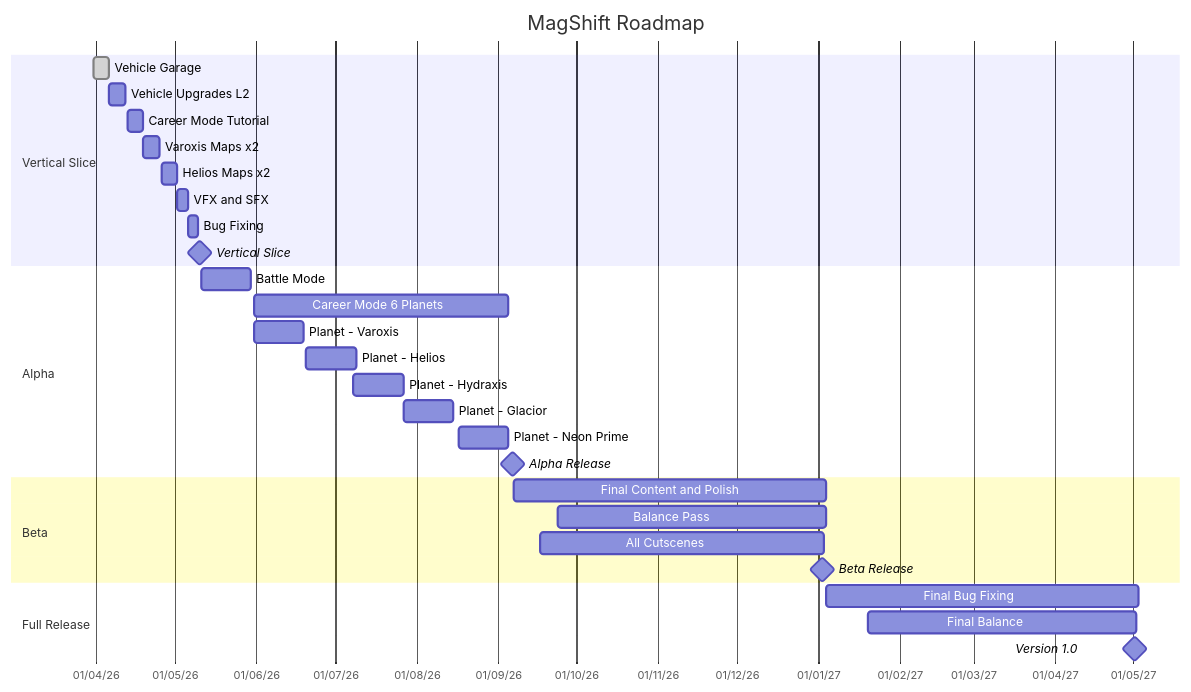
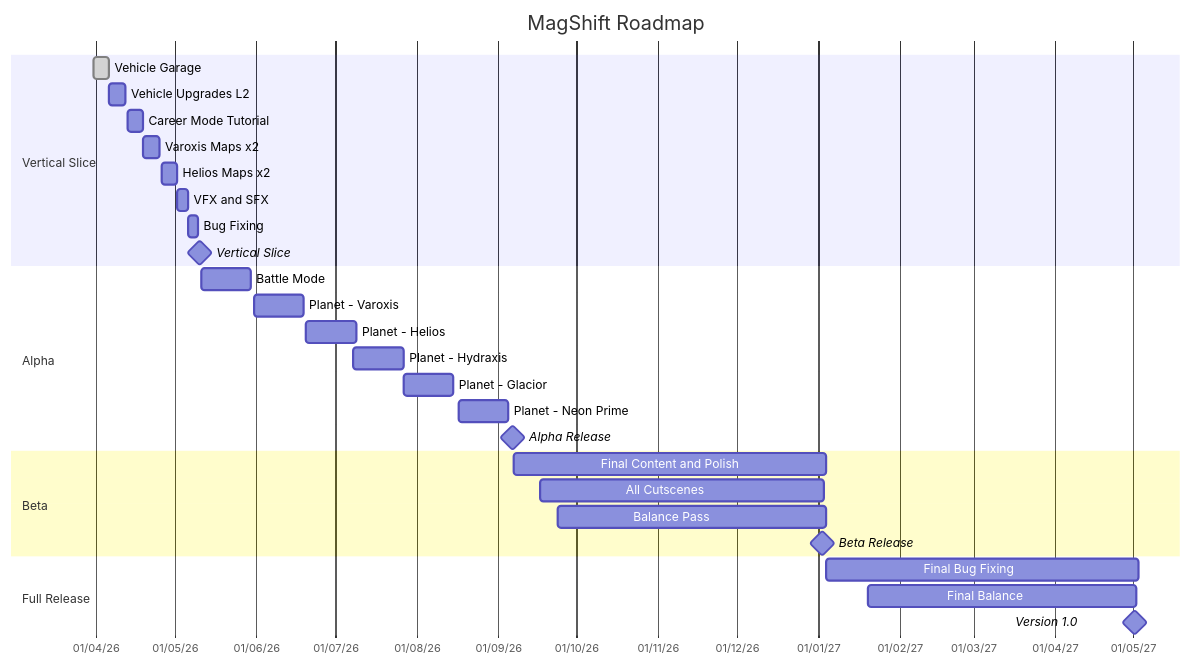
One commit to MisahSnow/MagShift-Obsidian changed the diagram in Roadmap/Goals Gantt.md. Above: the diagram before and after it, drawn with Mermaid. The commit also changed 1 other file, not shown here.

Commit message:
DESKTOP-5RS7517 2026-4-3:4:26:50

````diff
--- a/Roadmap/Goals Gantt.md
+++ b/Roadmap/Goals Gantt.md
@@ -3,73 +3,71 @@
 ```mermaid
 
 gantt
 
     title MagShift Roadmap
 
     dateFormat YYYY-MM-DD
 
     axisFormat %d/%m/%y
 
   
 
     section Vertical Slice
 
     Vehicle Garage          :done, a2, 2026-03-31, 6d
 
     Vehicle Upgrades L2     :a3, 2026-04-06, 6d
 
     Career Mode Tutorial    :a1, 2026-04-13, 6d
 
     Varoxis Maps x2         :a4, 2026-04-19, 6d
 
     Helios Maps x2          :a5, 2026-04-26, 6d
 
     VFX and SFX             :a6, 2026-05-02, 4d
 
     Bug Fixing              :a7, 2026-05-06, 4d
 
     Vertical Slice          :milestone, m1, 2026-05-10, 1d
 
   
 
     section Alpha
 
     Battle Mode             :b2, 2026-05-11, 19d
 
-    Career Mode 6 Planets   :b1, 2026-05-31, 97d
-
     Planet - Varoxis        :b3, 2026-05-31, 19d
 
     Planet - Helios         :b4, 2026-06-20, 19d
 
     Planet - Hydraxis       :b5, 2026-07-08, 19d
 
     Planet - Glacior        :b6, 2026-07-27, 19d
 
     Planet - Neon Prime     :b7, 2026-08-17, 19d
 
     Alpha Release           :milestone, m2, 2026-09-06, 1d
 
   
 
     section Beta
 
     Final Content and Polish :c1, 2026-09-07, 119d
 
+    All Cutscenes           :c3, 2026-09-17, 108d
+
     Balance Pass            :c2, 2026-09-24, 102d
-
-    All Cutscenes           :c3, 2026-09-17, 108d
 
     Beta Release            :milestone, m3, 2027-01-02, 1d
 
   
 
     section Full Release
 
     Final Bug Fixing        :d1, 2027-01-04, 119d
 
     Final Balance           :d2, 2027-01-20, 102d
 
     Version 1.0             :milestone, m4, 2027-05-01, 1d
 
 ```
````
